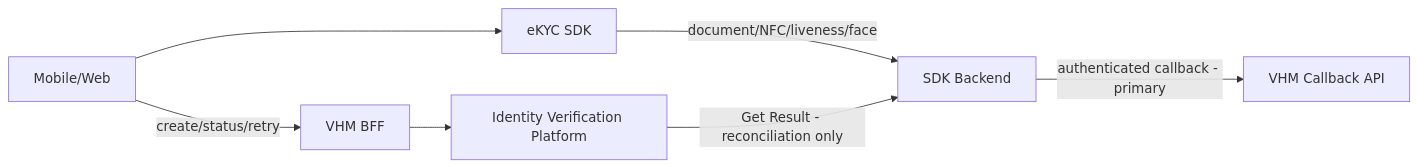
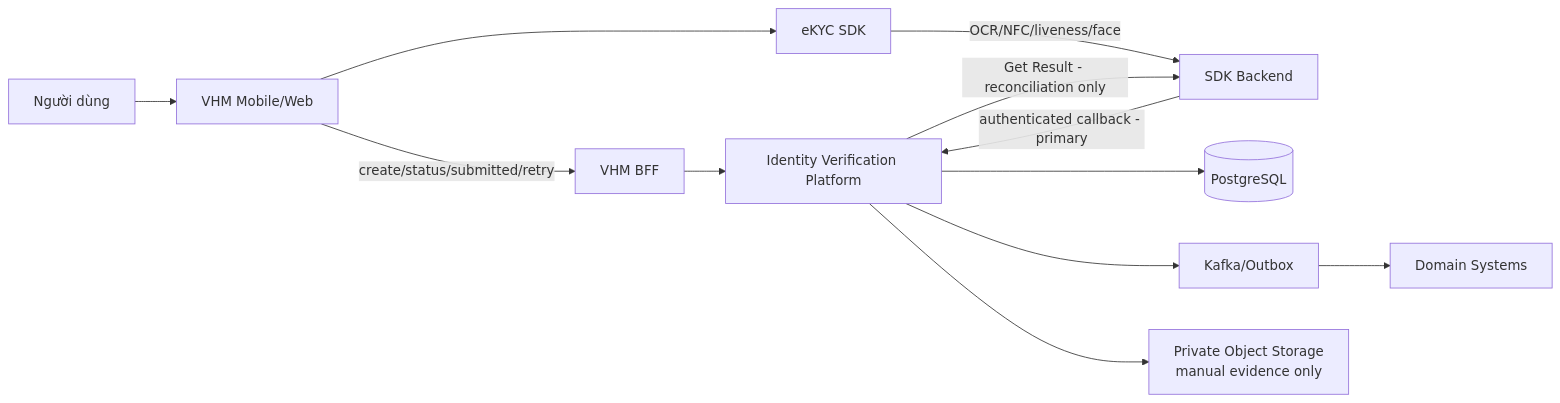
The first of 6 diagrams in tdd2.md (huynv-xyz/vhm), drawn with Mermaid before and after one commit. The commit also changed other lines of this file, not shown here.

````diff
--- a/tdd2.md
+++ b/tdd2.md
@@ -427,9 +91,14 @@
 ```mermaid
 flowchart LR
-    APP["Mobile/Web"] -->|create/status/retry| BFF["VHM BFF"]
-    BFF --> IV["Identity Verification Platform"]
+    USER["Người dùng"] --> APP["VHM Mobile/Web"]
+    APP -->|create/status/submitted/retry| BFF["VHM BFF"]
+    BFF --> PLATFORM["Identity Verification Platform"]
     APP --> SDK["eKYC SDK"]
-    SDK -->|document/NFC/liveness/face| PROVIDER["SDK Backend"]
-    PROVIDER -->|authenticated callback - primary| CALLBACK["VHM Callback API"]
-    IV -->|Get Result - reconciliation only| PROVIDER
+    SDK -->|OCR/NFC/liveness/face| SDK_BACKEND["SDK Backend"]
+    SDK_BACKEND -->|authenticated callback - primary| PLATFORM
+    PLATFORM -->|Get Result - reconciliation only| SDK_BACKEND
+    PLATFORM --> DB[("PostgreSQL")]
+    PLATFORM --> EVENT["Kafka/Outbox"]
+    EVENT --> DOMAIN["Domain Systems"]
+    PLATFORM --> STORAGE["Private Object Storage<br/>manual evidence only"]
 ```
````
